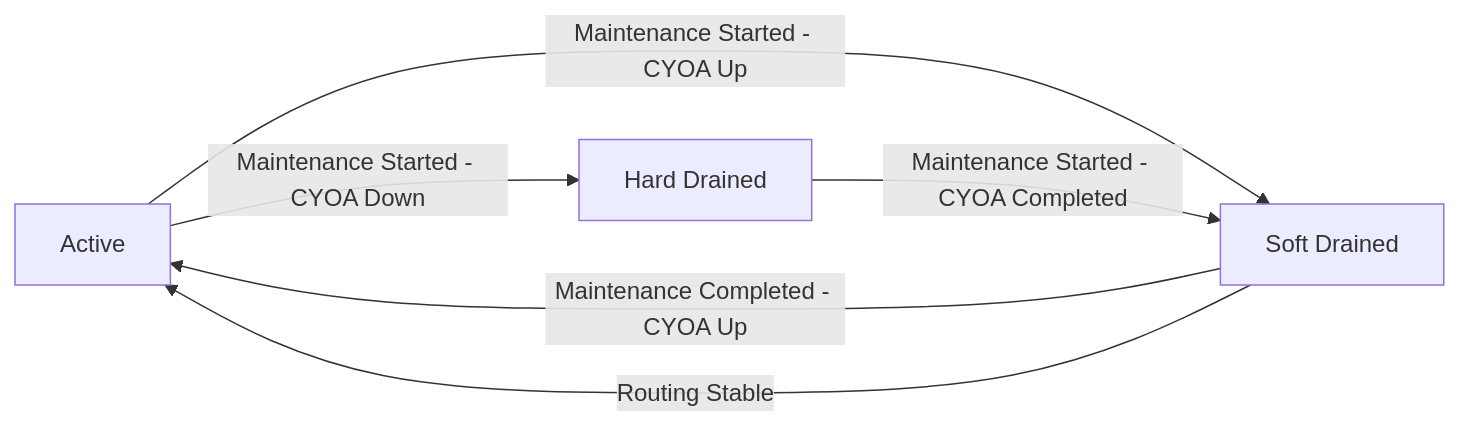
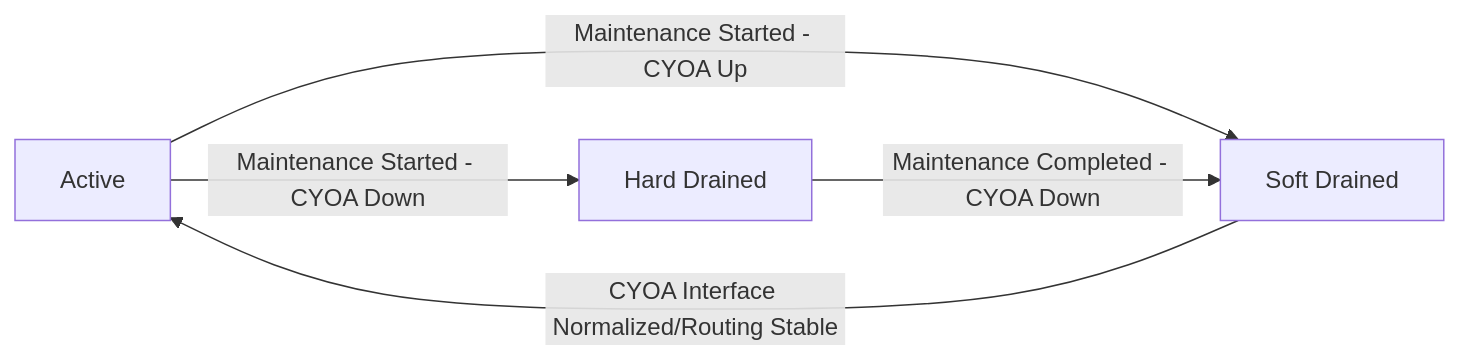
Before and after one commit to malbeclabs/doublezero: the second of 3 diagrams in rfcs/rfc7-draining-device-link.md, drawn with Mermaid. The commit also changed other lines of this file, not shown here.

Commit message:
Fix mermaid processes

````diff
--- a/rfcs/rfc7-draining-device-link.md
+++ b/rfcs/rfc7-draining-device-link.md
@@ -111,8 +116,7 @@
 ```mermaid
 graph LR
     ACTIVE[Active] -->|Maintenance Started - CYOA Up| SOFT_DRAINED[Soft Drained] 
-    SOFT_DRAINED -->|Maintenance Completed - CYOA Up| ACTIVE
     ACTIVE -->|Maintenance Started - CYOA Down| HARD_DRAINED[Hard Drained]
-    HARD_DRAINED -->|Maintenance Started - CYOA Completed| SOFT_DRAINED
-    SOFT_DRAINED -->|Routing Stable| ACTIVE  
+    HARD_DRAINED -->|Maintenance Completed - CYOA Down| SOFT_DRAINED
+    SOFT_DRAINED -->|CYOA Interface Normalized/Routing Stable| ACTIVE
 ```
````
